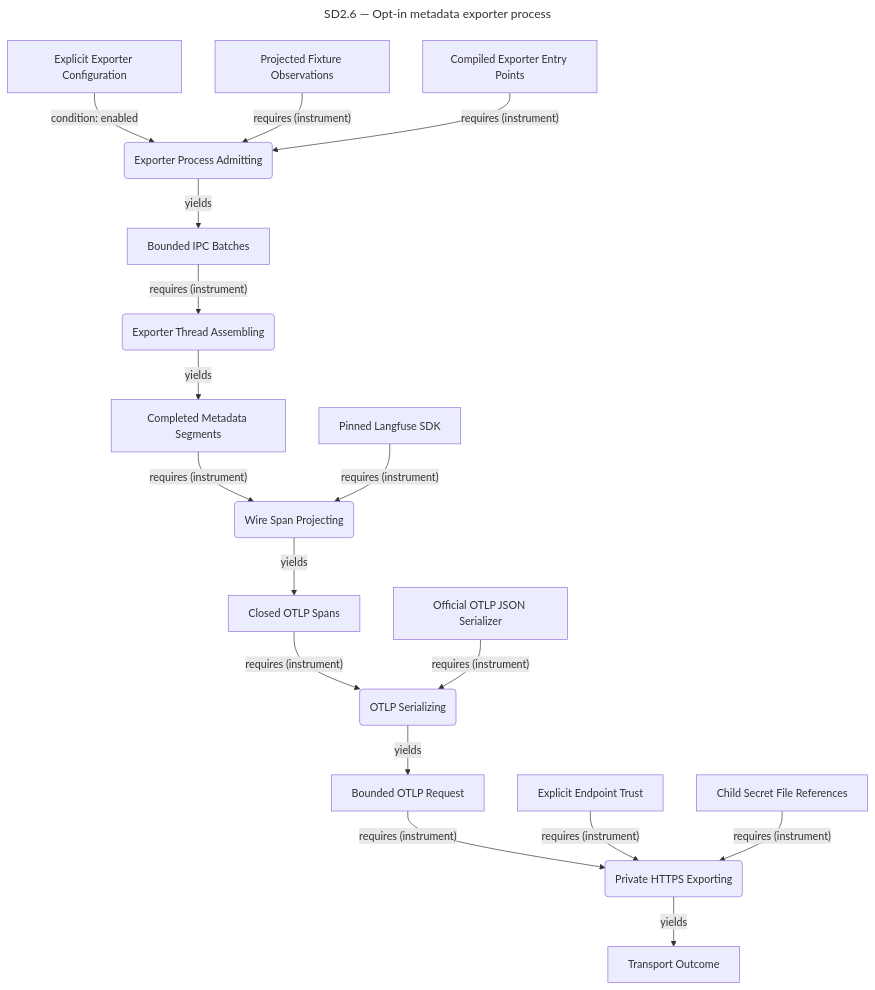
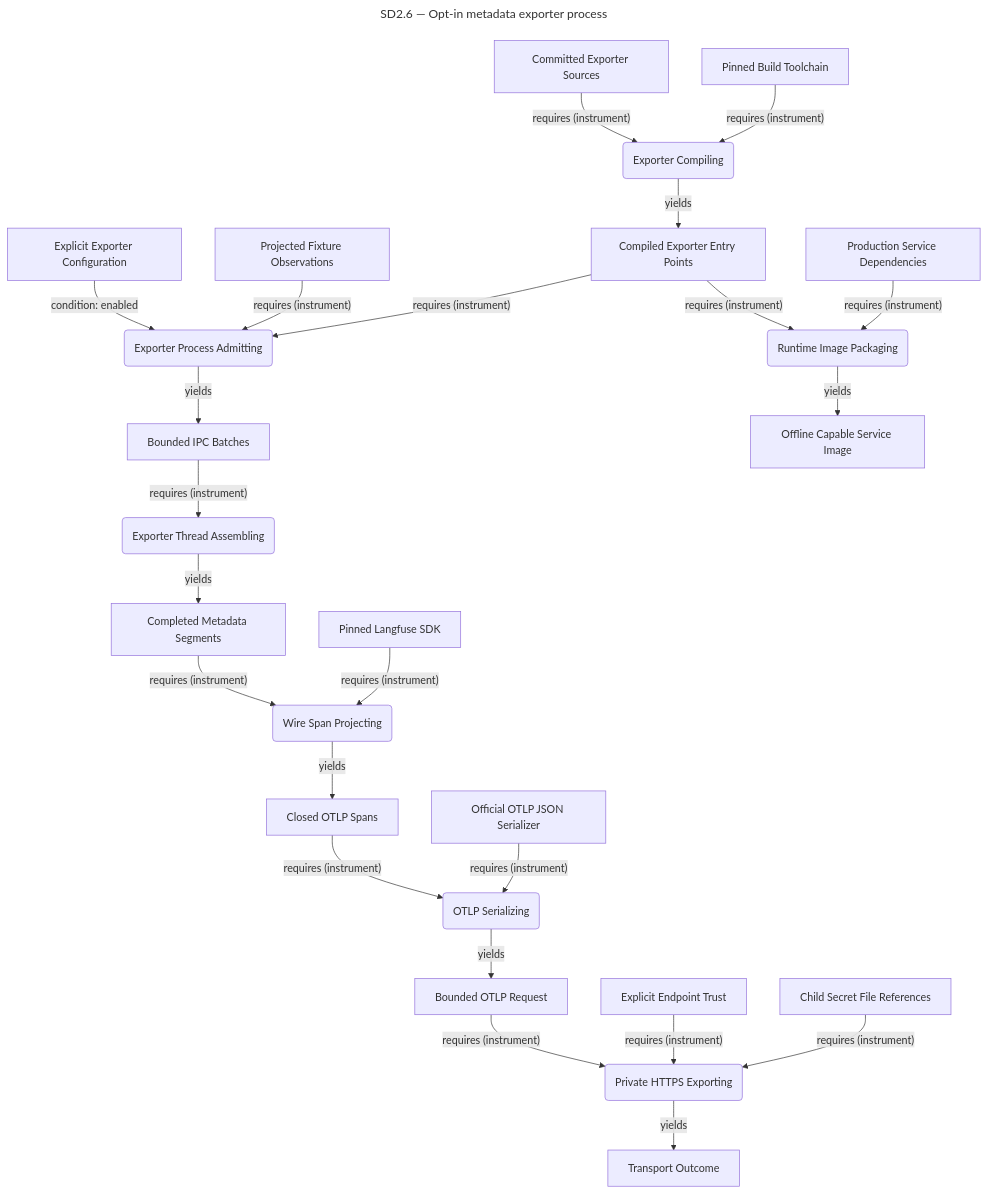
Before and after one commit to ojfbot/daily-logger: diagram 14 of 14 in opm/system.md, drawn with Mermaid. The commit also changed other lines of this file and 9 other files, not shown here.

Commit message:
feat(runtime): package isolated exporter entrypoints

````diff
--- a/opm/system.md
+++ b/opm/system.md
@@ -1699,41 +1699,53 @@
 ```mermaid
 ---
 title: "SD2.6 — Opt-in metadata exporter process"
 ---
 flowchart TD
   accTitle: SD2.6 — Opt-in metadata exporter process
   accDescr: Lossy system model projection. Complete source facts follow this diagram.
   n322["Explicit Exporter Configuration"]
   n310("Exporter Process Admitting")
   n303["Projected Fixture Observations"]
   n323["Compiled Exporter Entry Points"]
   n324["Bounded IPC Batches"]
   n325("Exporter Thread Assembling")
   n326["Completed Metadata Segments"]
   n327("Wire Span Projecting")
   n328["Pinned Langfuse SDK"]
   n329["Closed OTLP Spans"]
   n330("OTLP Serializing")
   n331["Official OTLP JSON Serializer"]
   n332["Bounded OTLP Request"]
   n333("Private HTTPS Exporting")
   n334["Explicit Endpoint Trust"]
   n335["Child Secret File References"]
   n336["Transport Outcome"]
+  n337("Exporter Compiling")
+  n338["Committed Exporter Sources"]
+  n339["Pinned Build Toolchain"]
+  n340("Runtime Image Packaging")
+  n341["Production Service Dependencies"]
+  n342["Offline Capable Service Image"]
   n322 -->|"condition: enabled"| n310
   n303 -->|"requires (instrument)"| n310
   n323 -->|"requires (instrument)"| n310
   n310 -->|"yields"| n324
   n324 -->|"requires (instrument)"| n325
   n325 -->|"yields"| n326
   n326 -->|"requires (instrument)"| n327
   n328 -->|"requires (instrument)"| n327
   n327 -->|"yields"| n329
   n329 -->|"requires (instrument)"| n330
   n331 -->|"requires (instrument)"| n330
   n330 -->|"yields"| n332
   n332 -->|"requires (instrument)"| n333
   n334 -->|"requires (instrument)"| n333
   n335 -->|"requires (instrument)"| n333
   n333 -->|"yields"| n336
+  n338 -->|"requires (instrument)"| n337
+  n339 -->|"requires (instrument)"| n337
+  n337 -->|"yields"| n323
+  n323 -->|"requires (instrument)"| n340
+  n341 -->|"requires (instrument)"| n340
+  n340 -->|"yields"| n342
 ```
````
